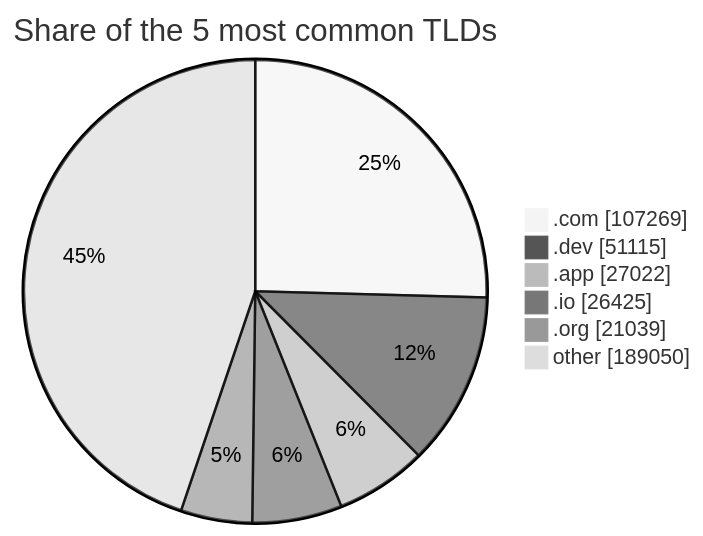
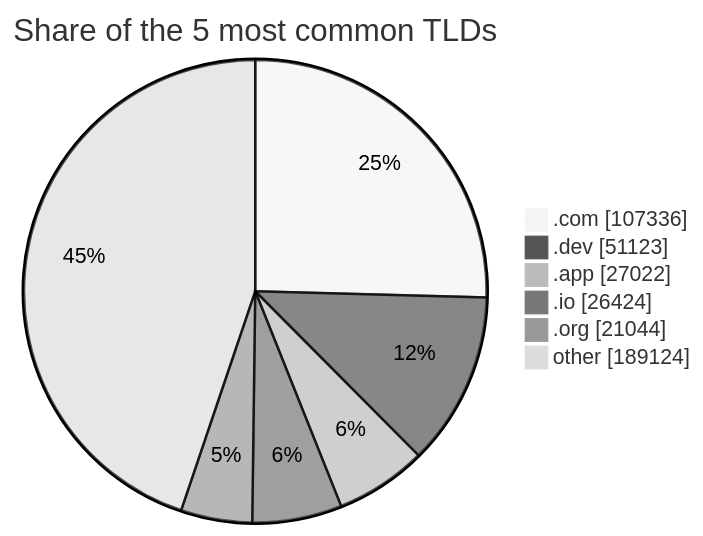
The third of 3 diagrams in README.md (DNSBunker/CTI), drawn with Mermaid (neutral theme) before and after one commit. The commit also changed other lines of this file and 3 other files, not shown here.

````diff
--- a/README.md
+++ b/README.md
@@ -81,9 +81,9 @@
 ```mermaid
 pie showData title Share of the 5 most common TLDs
-    ".com" : 107269
-    ".dev" : 51115
+    ".com" : 107336
+    ".dev" : 51123
     ".app" : 27022
-    ".io" : 26425
-    ".org" : 21039
-    "other" : 189050
+    ".io" : 26424
+    ".org" : 21044
+    "other" : 189124
 ```
````
